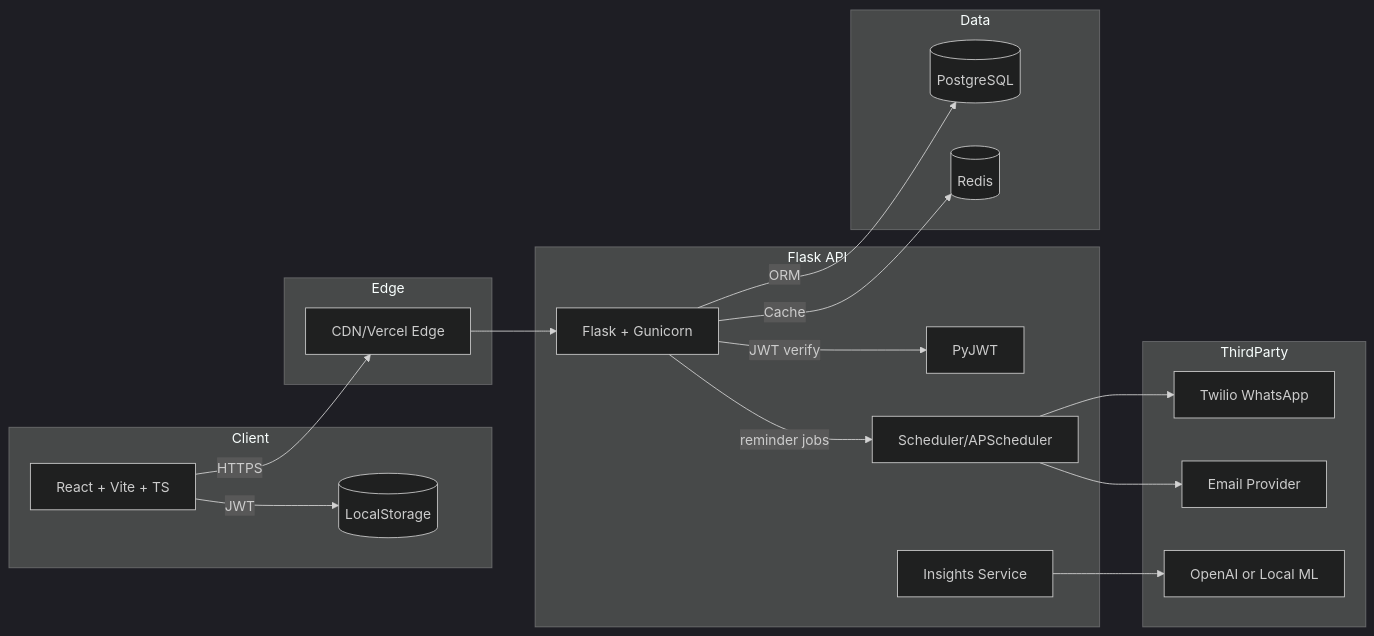
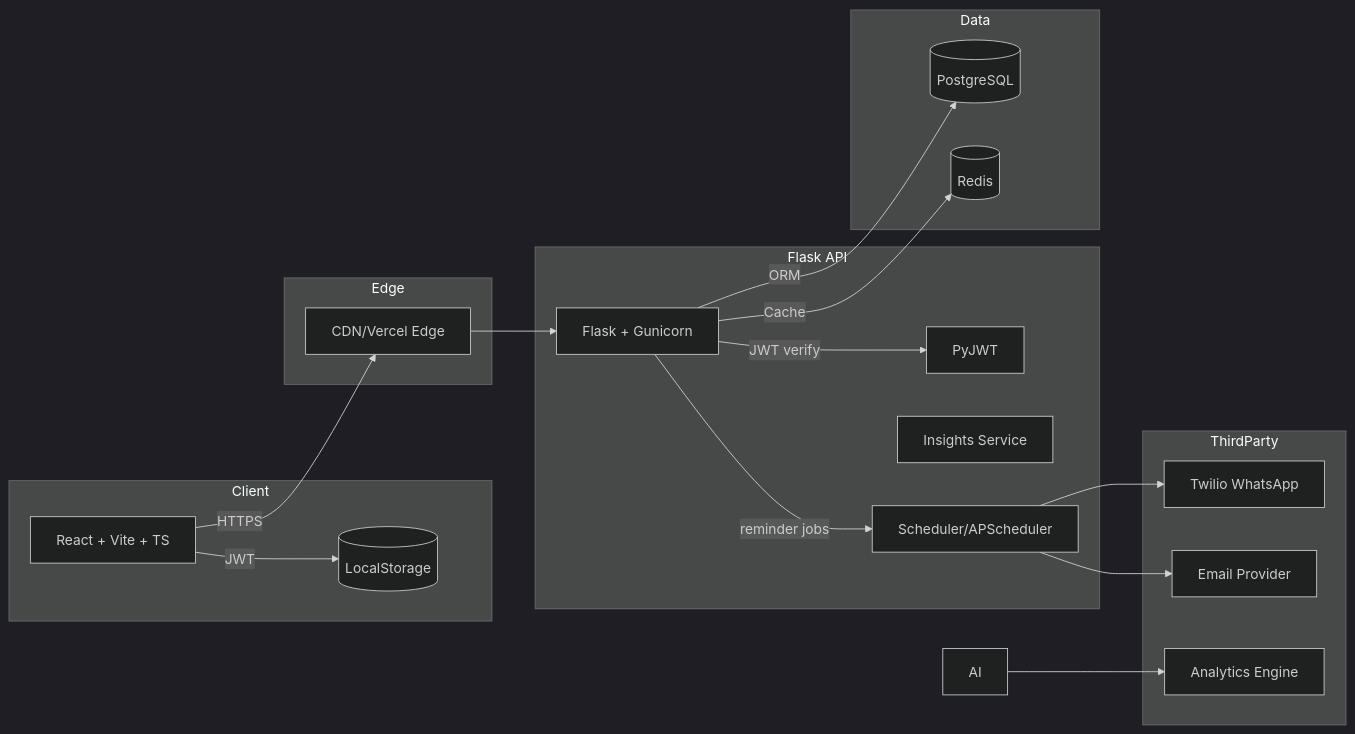
One commit to jpirstin/FinMind changed the diagram in README.md. Above: the diagram before and after it, drawn with Mermaid (dark theme). The commit also changed other lines of this file, not shown here.

Commit message:
Remove AI references from README

````diff
--- a/README.md
+++ b/README.md
@@ -7,38 +7,38 @@
 ```mermaid
 flowchart LR
   subgraph Client
     A[React + Vite + TS]
     A -->|JWT| LS[(LocalStorage)]
   end
 
   subgraph Edge
     CDN[CDN/Vercel Edge]
   end
 
   subgraph Backend[Flask API]
     API[Flask + Gunicorn]
     JWT[PyJWT]
-    AI[Insights Service]
+    Insights[Insights Service]
     SCH[Scheduler/APScheduler]
   end
 
   subgraph Data
     PG[(PostgreSQL)]
     RD[(Redis)]
   end
 
   subgraph ThirdParty
     TW[Twilio WhatsApp]
     SMTP[Email Provider]
-    OAI[OpenAI or Local ML]
+    OAI[Analytics Engine]
   end
 
   A -->|HTTPS| CDN --> API
   API -->|ORM| PG
   API -->|Cache| RD
   API -->|JWT verify| JWT
   API -->|reminder jobs| SCH
   SCH --> TW
   SCH --> SMTP
   AI --> OAI
 ```
````
